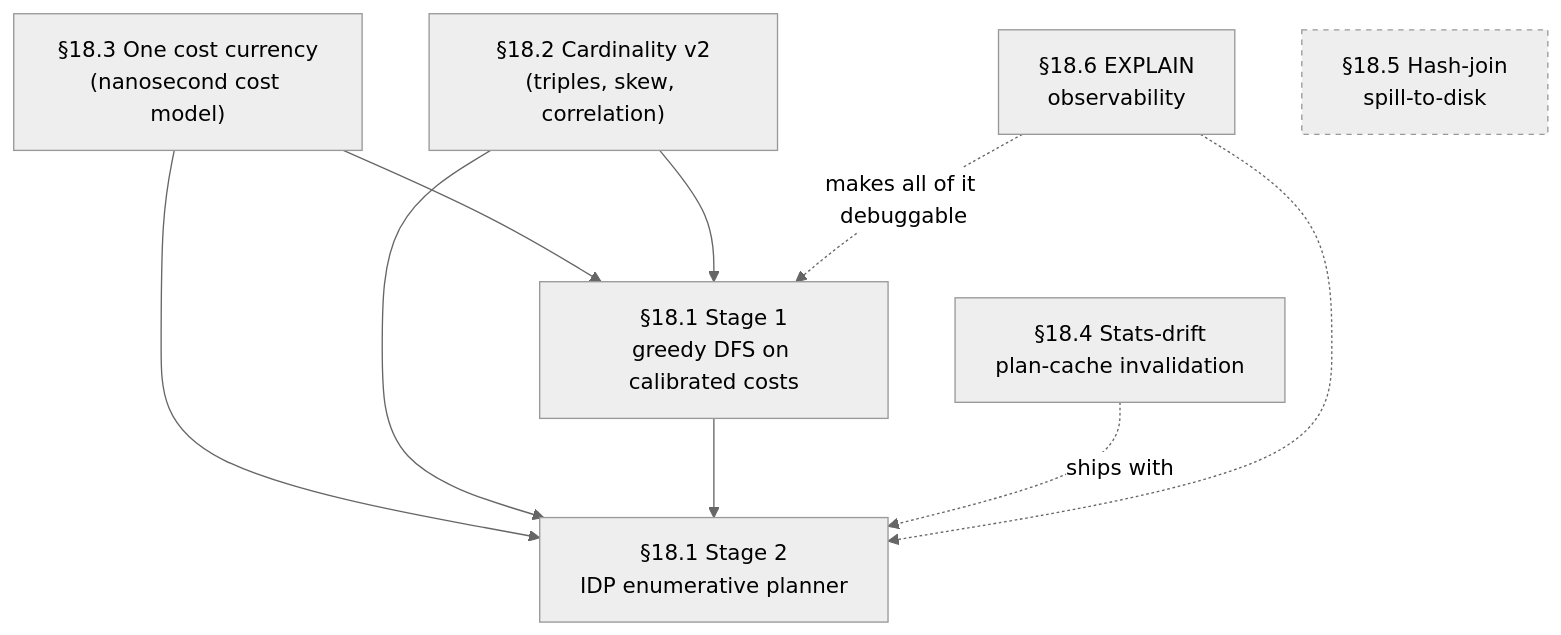
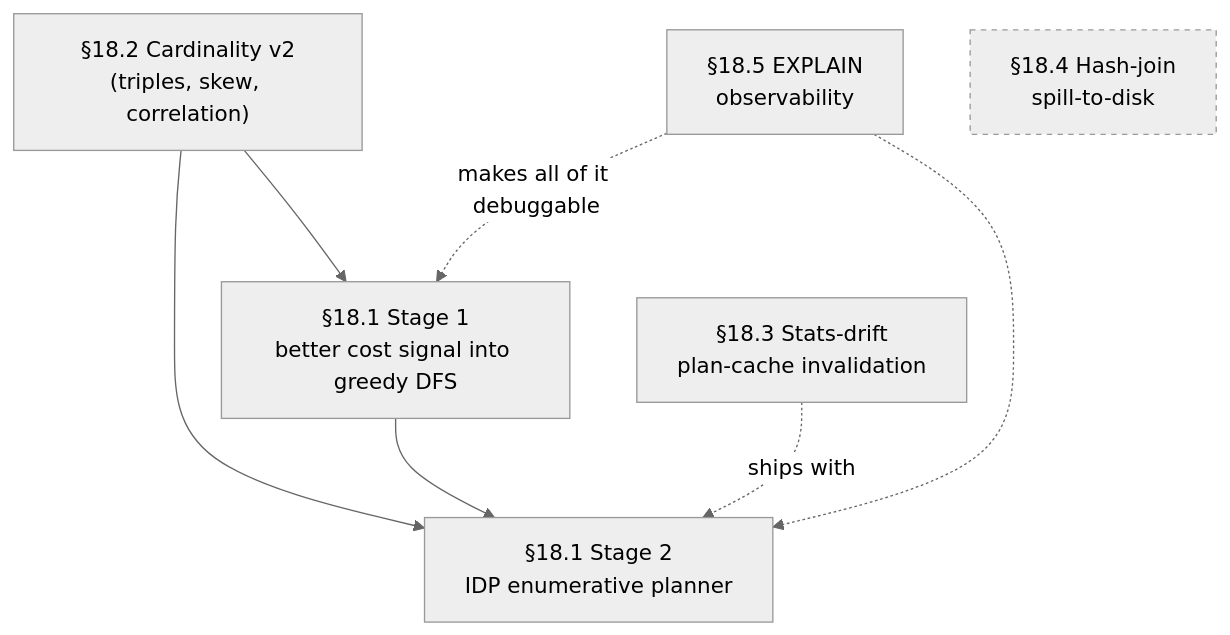
One commit to JetBrains/youtrackdb changed the diagram in docs/yql-internals-book/chapters/18-open-problems.md. Above: the diagram before and after it, drawn with Mermaid (neutral theme). The commit also changed other lines of this file, not shown here.

First line of the commit message:
Rework Chapter 18: drop cost-currency section, renumber, LDBC example

````diff
--- a/docs/yql-internals-book/chapters/18-open-problems.md
+++ b/docs/yql-internals-book/chapters/18-open-problems.md
@@ -30,22 +35,19 @@
 ```mermaid
 flowchart TD
-    CM["§18.3 One cost currency<br/>(nanosecond cost model)"]
     CE["§18.2 Cardinality v2<br/>(triples, skew, correlation)"]
-    S1["§18.1 Stage 1<br/>greedy DFS on calibrated costs"]
+    S1["§18.1 Stage 1<br/>better cost signal into greedy DFS"]
     S2["§18.1 Stage 2<br/>IDP enumerative planner"]
-    SD["§18.4 Stats-drift<br/>plan-cache invalidation"]
-    OB["§18.6 EXPLAIN<br/>observability"]
-    SP["§18.5 Hash-join<br/>spill-to-disk"]
+    SD["§18.3 Stats-drift<br/>plan-cache invalidation"]
+    OB["§18.5 EXPLAIN<br/>observability"]
+    SP["§18.4 Hash-join<br/>spill-to-disk"]
 
-    CM --> S1
     CE --> S1
-    CM --> S2
     CE --> S2
     S1 --> S2
     SD -. ships with .-> S2
     OB -. makes all of it debuggable .-> S1
     OB -.-> S2
     SP:::standalone
 
     classDef standalone stroke-dasharray: 4 4;
 ```
````
